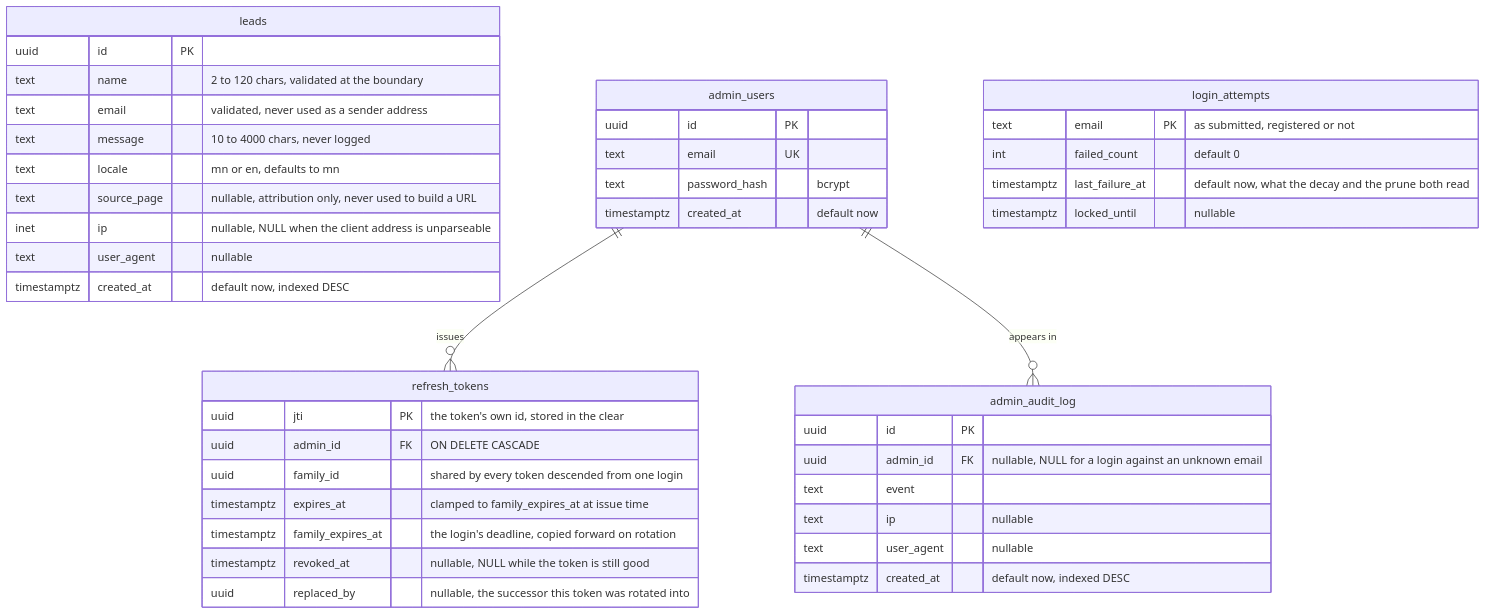
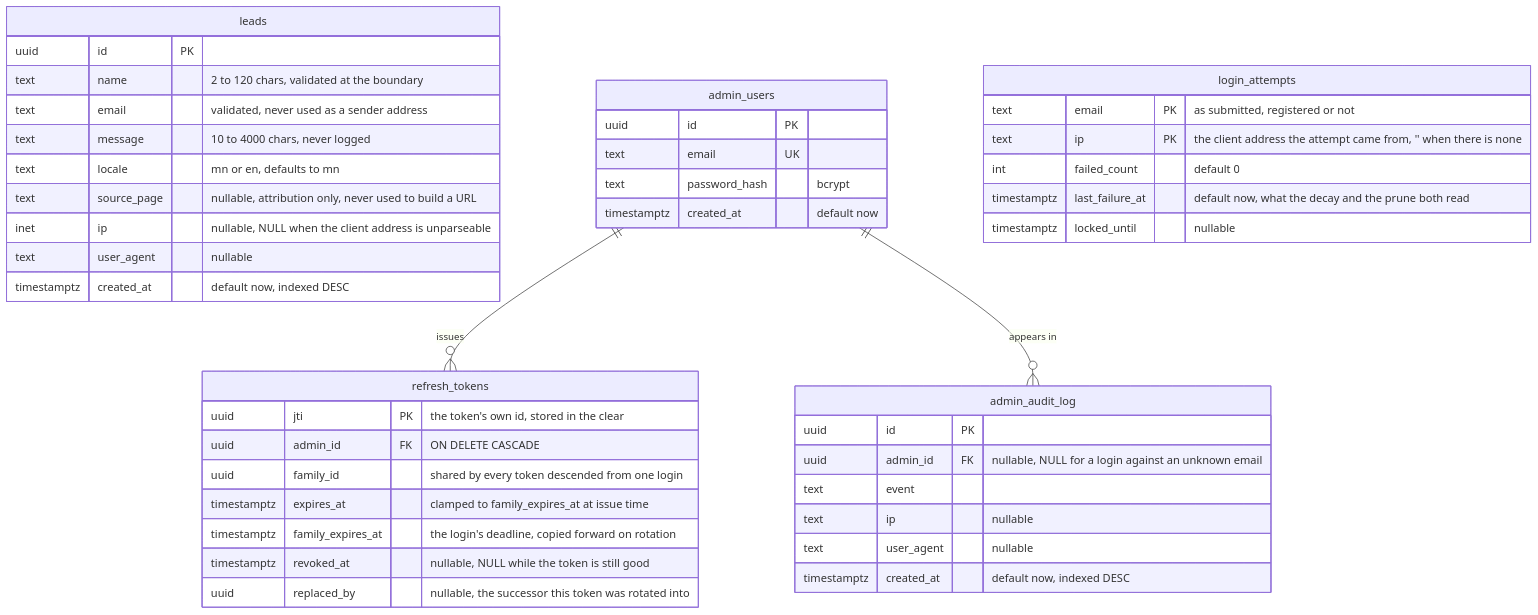
The tenth of 13 diagrams in ARCHITECTURE.md (tanasoft1/landing_kit), drawn with Mermaid before and after one commit. The commit also changed other lines of this file and 2 other files, not shown here.

````diff
--- a/ARCHITECTURE.md
+++ b/ARCHITECTURE.md
@@ -551,45 +564,46 @@
 ```mermaid
 erDiagram
     leads {
         uuid id PK
         text name "2 to 120 chars, validated at the boundary"
         text email "validated, never used as a sender address"
         text message "10 to 4000 chars, never logged"
         text locale "mn or en, defaults to mn"
         text source_page "nullable, attribution only, never used to build a URL"
         inet ip "nullable, NULL when the client address is unparseable"
         text user_agent "nullable"
         timestamptz created_at "default now, indexed DESC"
     }
     admin_users {
         uuid id PK
         text email UK
         text password_hash "bcrypt"
         timestamptz created_at "default now"
     }
     refresh_tokens {
         uuid jti PK "the token's own id, stored in the clear"
         uuid admin_id FK "ON DELETE CASCADE"
         uuid family_id "shared by every token descended from one login"
         timestamptz expires_at "clamped to family_expires_at at issue time"
         timestamptz family_expires_at "the login's deadline, copied forward on rotation"
         timestamptz revoked_at "nullable, NULL while the token is still good"
         uuid replaced_by "nullable, the successor this token was rotated into"
     }
     login_attempts {
         text email PK "as submitted, registered or not"
+        text ip PK "the client address the attempt came from, '' when there is none"
         int failed_count "default 0"
         timestamptz last_failure_at "default now, what the decay and the prune both read"
         timestamptz locked_until "nullable"
     }
     admin_audit_log {
         uuid id PK
         uuid admin_id FK "nullable, NULL for a login against an unknown email"
         text event
         text ip "nullable"
         text user_agent "nullable"
         timestamptz created_at "default now, indexed DESC"
     }
     admin_users ||--o{ refresh_tokens : issues
     admin_users ||--o{ admin_audit_log : "appears in"
 ```
````
